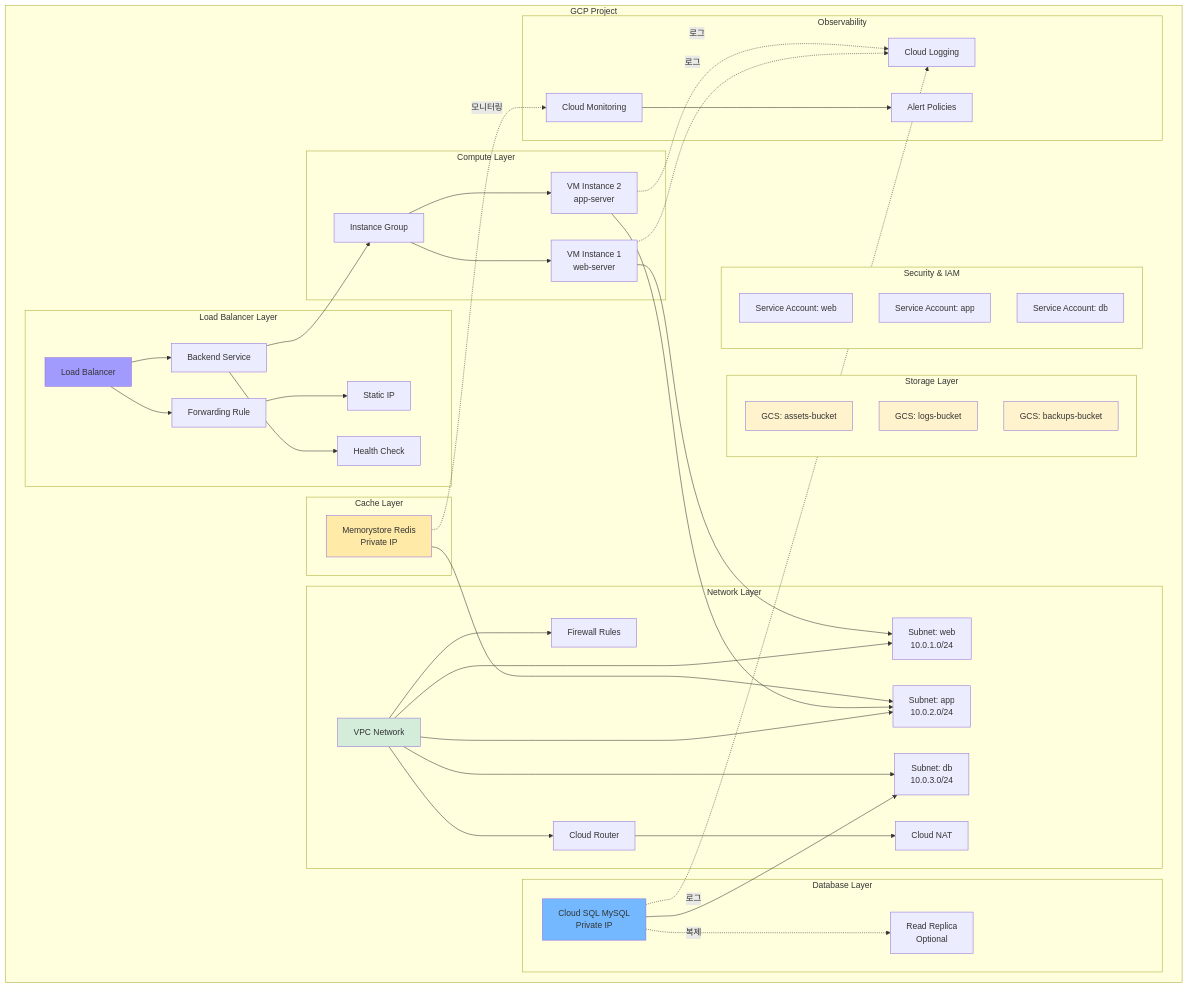
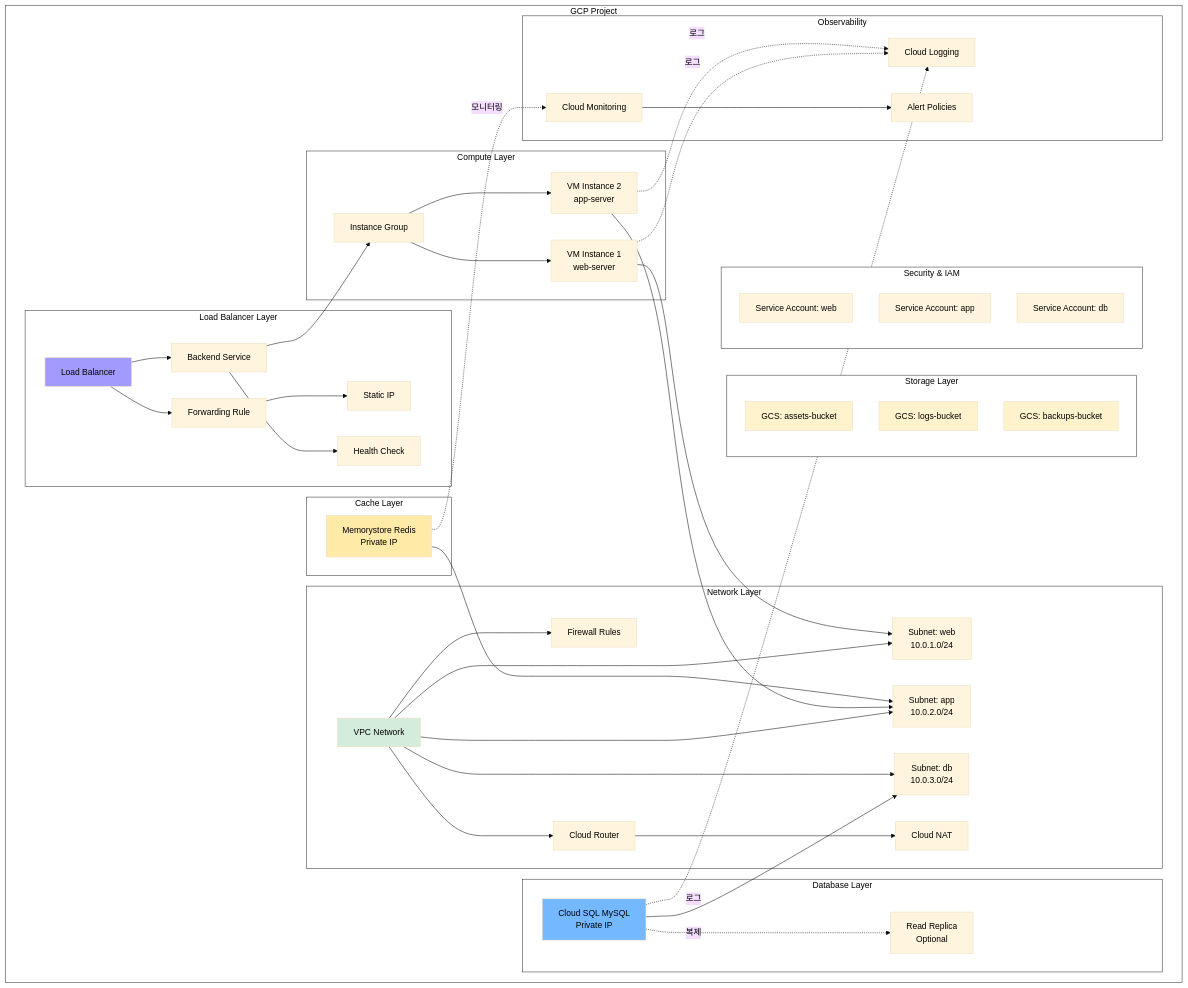
One commit to JSJ2337/GCP_terraform_code changed the fifth of 9 diagrams in terraform_gcp_infra/docs/architecture/diagrams.md. Above: the diagram before and after it, drawn with Mermaid. The commit also changed other lines of this file and 5 other files, not shown here.

First line of the commit message:
style: Mermaid 다이어그램 제목 가독성 개선

````diff
--- a/terraform_gcp_infra/docs/architecture/diagrams.md
+++ b/terraform_gcp_infra/docs/architecture/diagrams.md
@@ -255,7 +265,8 @@
 ```mermaid
+%%{init: {'theme': 'base', 'themeVariables': { 'primaryTextColor': '#000000', 'clusterBkg': '#ffffff', 'clusterBorder': '#333333' }}}%%
 graph TB
-    subgraph "GCP Project"
-        subgraph "Network Layer"
+    subgraph GCP_Project["GCP Project"]
+        subgraph Network_Layer["Network Layer"]
             VPC[VPC Network]
             SUBNET1[Subnet: web<br/>10.0.1.0/24]
             SUBNET2[Subnet: app<br/>10.0.2.0/24]
@@ -272,13 +283,13 @@
             ROUTER --> NAT
         end
 
-        subgraph "Storage Layer"
+        subgraph Storage_Layer["Storage Layer"]
             GCS1[GCS: assets-bucket]
             GCS2[GCS: logs-bucket]
             GCS3[GCS: backups-bucket]
         end
 
-        subgraph "Compute Layer"
+        subgraph Compute_Layer["Compute Layer"]
             VM1[VM Instance 1<br/>web-server]
             VM2[VM Instance 2<br/>app-server]
             IG[Instance Group]
@@ -289,7 +300,7 @@
             IG --> VM2
         end
 
-        subgraph "Database Layer"
+        subgraph Database_Layer["Database Layer"]
             SQL[Cloud SQL MySQL<br/>Private IP]
             REPLICA[Read Replica<br/>Optional]
 
@@ -297,13 +308,13 @@
             SQL -.복제.-> REPLICA
         end
 
-        subgraph "Cache Layer"
+        subgraph Cache_Layer["Cache Layer"]
             REDIS[Memorystore Redis<br/>Private IP]
         end
 
         REDIS --> SUBNET2
 
-        subgraph "Load Balancer Layer"
+        subgraph LB_Layer["Load Balancer Layer"]
             LB[Load Balancer]
             HC[Health Check]
             BE[Backend Service]
@@ -317,13 +328,13 @@
             BE --> IG
         end
 
-        subgraph "Security & IAM"
+        subgraph Security_IAM["Security & IAM"]
             SA1[Service Account: web]
             SA2[Service Account: app]
             SA3[Service Account: db]
         end
 
-        subgraph "Observability"
+        subgraph Observability_Layer["Observability"]
             LOG[Cloud Logging]
             MON[Cloud Monitoring]
             ALERT[Alert Policies]
@@ -336,6 +347,15 @@
     REDIS -.모니터링.-> MON
     MON --> ALERT
 
+    style GCP_Project fill:#ffffff,color:#000000
+    style Network_Layer fill:#ffffff,color:#000000
+    style Storage_Layer fill:#ffffff,color:#000000
+    style Compute_Layer fill:#ffffff,color:#000000
+    style Database_Layer fill:#ffffff,color:#000000
+    style Cache_Layer fill:#ffffff,color:#000000
+    style LB_Layer fill:#ffffff,color:#000000
+    style Security_IAM fill:#ffffff,color:#000000
+    style Observability_Layer fill:#ffffff,color:#000000
     style VPC fill:#d4edda
     style SQL fill:#74b9ff
     style REDIS fill:#ffeaa7
````
